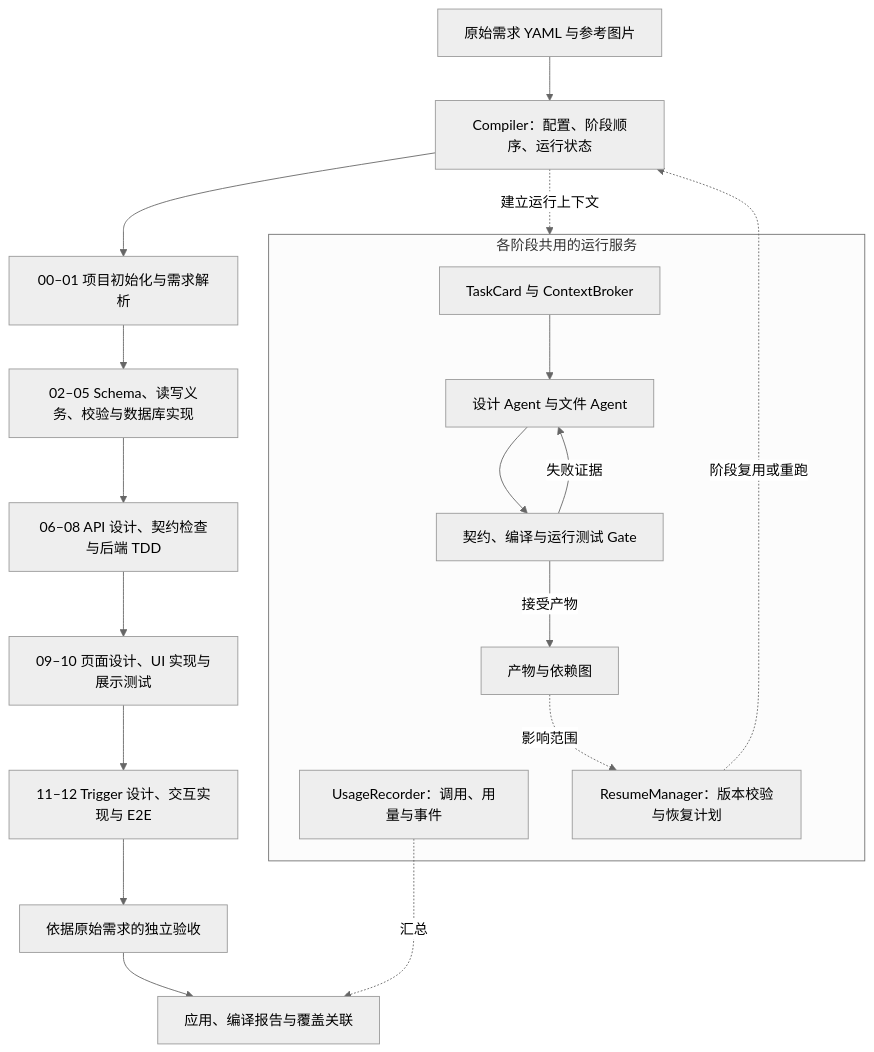
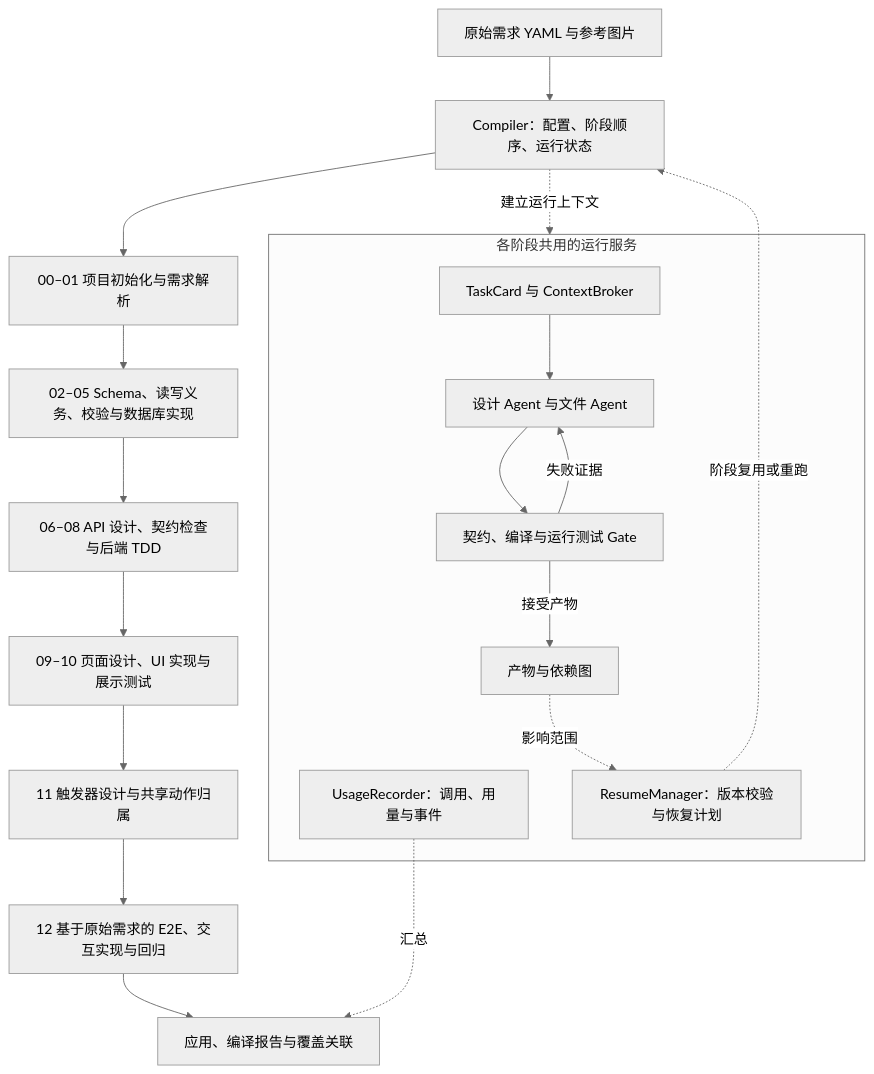
The diagram in README.md (ThrowBug/requirement-compilation-structure), drawn with Mermaid (neutral theme) before and after one commit. The commit also changed other lines of this file and 29 other files, not shown here.

````diff
--- a/README.md
+++ b/README.md
@@ -143,27 +154,27 @@
 ```mermaid
 flowchart TB
     INPUT[原始需求 YAML 与参考图片] --> COMPILER[Compiler：配置、阶段顺序、运行状态]
     COMPILER --> REQ[00–01 项目初始化与需求解析]
     REQ --> DB[02–05 Schema、读写义务、校验与数据库实现]
     DB --> API[06–08 API 设计、契约检查与后端 TDD]
     API --> UI[09–10 页面设计、UI 实现与展示测试]
-    UI --> INTERACTION[11–12 Trigger 设计、交互实现与 E2E]
-    INTERACTION --> ACCEPT[依据原始需求的独立验收]
+    UI --> INTERACTION[11 触发器设计与共享动作归属]
+    INTERACTION --> ACCEPT[12 基于原始需求的 E2E、交互实现与回归]
     ACCEPT --> REPORT[应用、编译报告与覆盖关联]
 
     subgraph SHARED[各阶段共用的运行服务]
         CONTEXT[TaskCard 与 ContextBroker]
         AGENT[设计 Agent 与文件 Agent]
         GATE[契约、编译与运行测试 Gate]
         CONTEXT --> AGENT --> GATE
         GATE -->|失败证据| AGENT
         GATE -->|接受产物| ARTIFACT[产物与依赖图]
         USAGE[UsageRecorder：调用、用量与事件]
         RESUME[ResumeManager：版本校验与恢复计划]
     end
 
     COMPILER -. 建立运行上下文 .-> SHARED
     ARTIFACT -. 影响范围 .-> RESUME
     RESUME -. 阶段复用或重跑 .-> COMPILER
     USAGE -. 汇总 .-> REPORT
 ```
````
